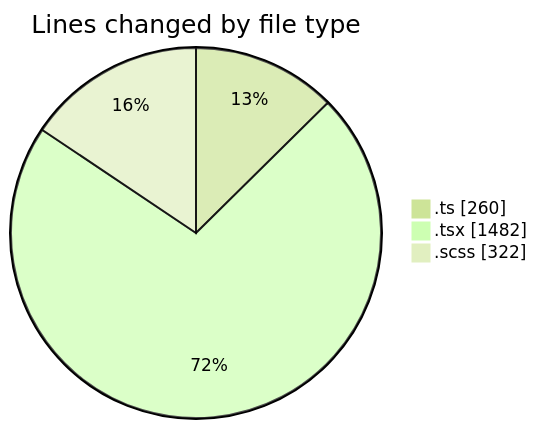
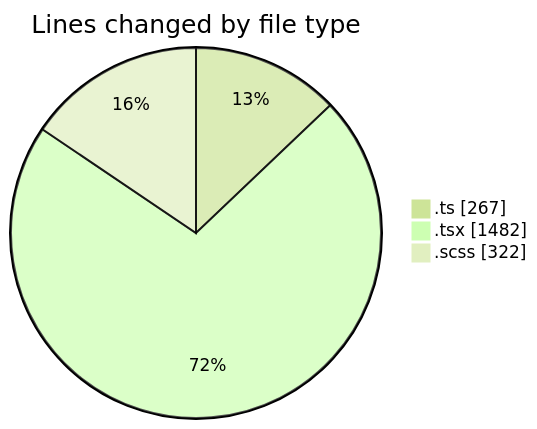
Before and after one commit to momahboobian/code-tracking: the first of 2 diagrams in 2025-05-01/cda/README.md, drawn with Mermaid (forest theme). The commit also changed other lines of this file and 1 other file, not shown here.

````diff
--- a/2025-05-01/cda/README.md
+++ b/2025-05-01/cda/README.md
@@ -31,7 +31,7 @@
 ```mermaid
 pie showData
 title Lines changed by file type
-".ts" : 260
+".ts" : 267
 ".tsx" : 1482
 ".scss" : 322
 ```
````
